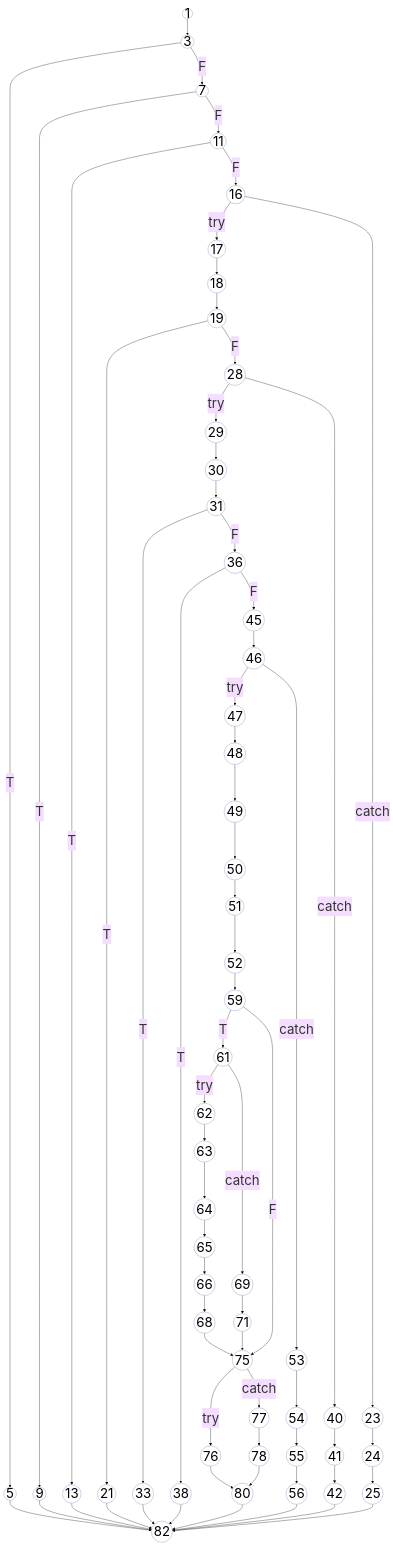
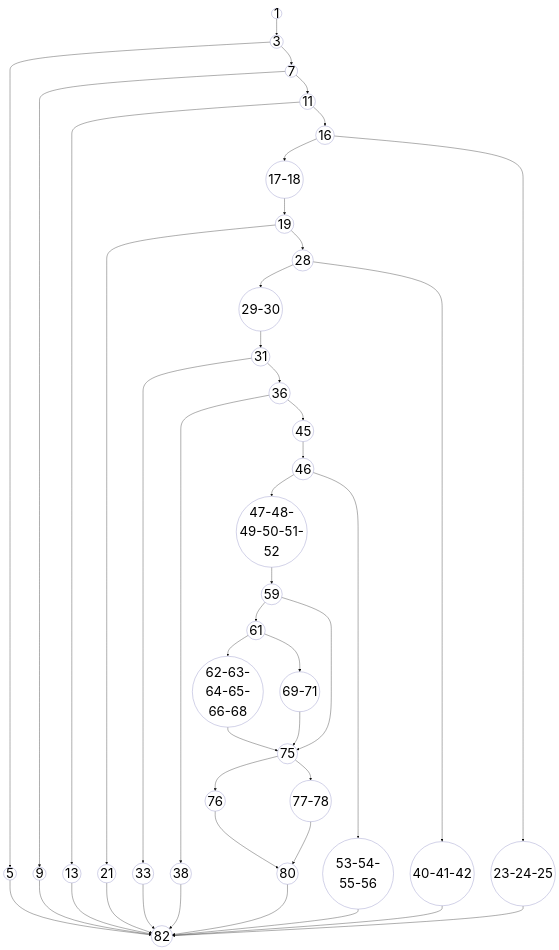
Before and after one commit to aryanhrc3428/Semester-5: the diagram in SE/ideathon/pseudocode/flowcharts/UC-12.mmd, drawn with Mermaid. The commit also changed 46 other files, not shown here.

```diff
--- a/SE/ideathon/pseudocode/flowcharts/UC-12.mmd
+++ b/SE/ideathon/pseudocode/flowcharts/UC-12.mmd
@@ -1,101 +1,75 @@
 ---
 config:
   theme: base
   themeVariables:
     fontSize: '40px'
 ---
 graph TD
     %% Base styling matching the reference CFG style
     classDef default fill:none,stroke:#a3a3d1,stroke-width:1.5px,color:#000;
     
     1((1)) --> 3((3))
     
-    3 -- T --> 5((5))
-    3 -- F --> 7((7))
+    3 --> 5((5))
+    3 --> 7((7))
     
-    7 -- T --> 9((9))
-    7 -- F --> 11((11))
+    7 --> 9((9))
+    7 --> 11((11))
     
-    11 -- T --> 13((13))
-    11 -- F --> 16((16))
+    11 --> 13((13))
+    11 --> 16((16))
     
-    16 -- try --> 17((17))
-    16 -- catch --> 23((23))
+    16 --> 17-18((17-18))
+    16 --> 23-24-25((23-24-25))
     
-    17 --> 18((18))
-    18 --> 19((19))
+    17-18 --> 19((19))
     
-    19 -- T --> 21((21))
-    19 -- F --> 28((28))
+    19 --> 21((21))
+    19 --> 28((28))
     
-    23 --> 24((24))
-    24 --> 25((25))
+    28 --> 29-30((29-30))
+    28 --> 40-41-42((40-41-42))
     
-    28 -- try --> 29((29))
-    28 -- catch --> 40((40))
+    29-30 --> 31((31))
     
-    29 --> 30((30))
-    30 --> 31((31))
+    31 --> 33((33))
+    31 --> 36((36))
     
-    31 -- T --> 33((33))
-    31 -- F --> 36((36))
-    
-    36 -- T --> 38((38))
-    36 -- F --> 45((45))
-    
-    40 --> 41((41))
-    41 --> 42((42))
+    36 --> 38((38))
+    36 --> 45((45))
     
     45 --> 46((46))
     
-    46 -- try --> 47((47))
-    46 -- catch --> 53((53))
+    46 --> 47-48-49-50-51-52((47-48-49-50-51-52))
+    46 --> 53-54-55-56((53-54-55-56))
     
-    47 --> 48((48))
-    48 --> 49((49))
-    49 --> 50((50))
-    50 --> 51((51))
-    51 --> 52((52))
+    47-48-49-50-51-52 --> 59((59))
     
-    52 --> 59((59))
+    59 --> 61((61))
+    59 --> 75((75))
     
-    53 --> 54((54))
-    54 --> 55((55))
-    55 --> 56((56))
+    61 --> 62-63-64-65-66-68((62-63-64-65-66-68))
+    61 --> 69-71((69-71))
+  
+    62-63-64-65-66-68 --> 75
     
-    59 -- T --> 61((61))
-    59 -- F --> 75((75))
+    69-71 --> 75
     
-    61 -- try --> 62((62))
-    61 -- catch --> 69((69))
-    
-    62 --> 63((63))
-    63 --> 64((64))
-    64 --> 65((65))
-    65 --> 66((66))
-    66 --> 68((68))
-    
-    68 --> 75
-    
-    69 --> 71((71))
-    71 --> 75
-    
-    75 -- try --> 76((76))
-    75 -- catch --> 77((77))
+    75 --> 76((76))
+    75 --> 77-78((77-78))
     
     76 --> 80((80))
     
-    77 --> 78((78))
-    78 --> 80
+    77-78 --> 80
     
     %% Terminal error returns and catches syncing to the final end node (82)
     5 --> 82((82))
     9 --> 82
     13 --> 82
     21 --> 82
-    25 --> 82
+    23-24-25 --> 82
     33 --> 82
     38 --> 82
-    42 --> 82
-    56 --> 82
+    40-41-42 --> 82
+    53-54-55-56 --> 82
     80 --> 82
```
